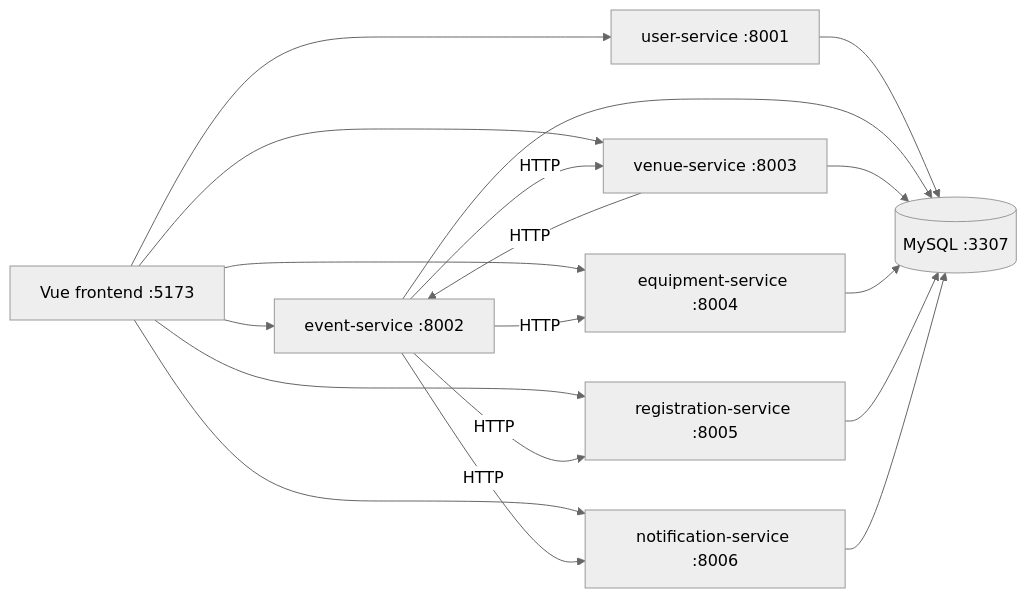
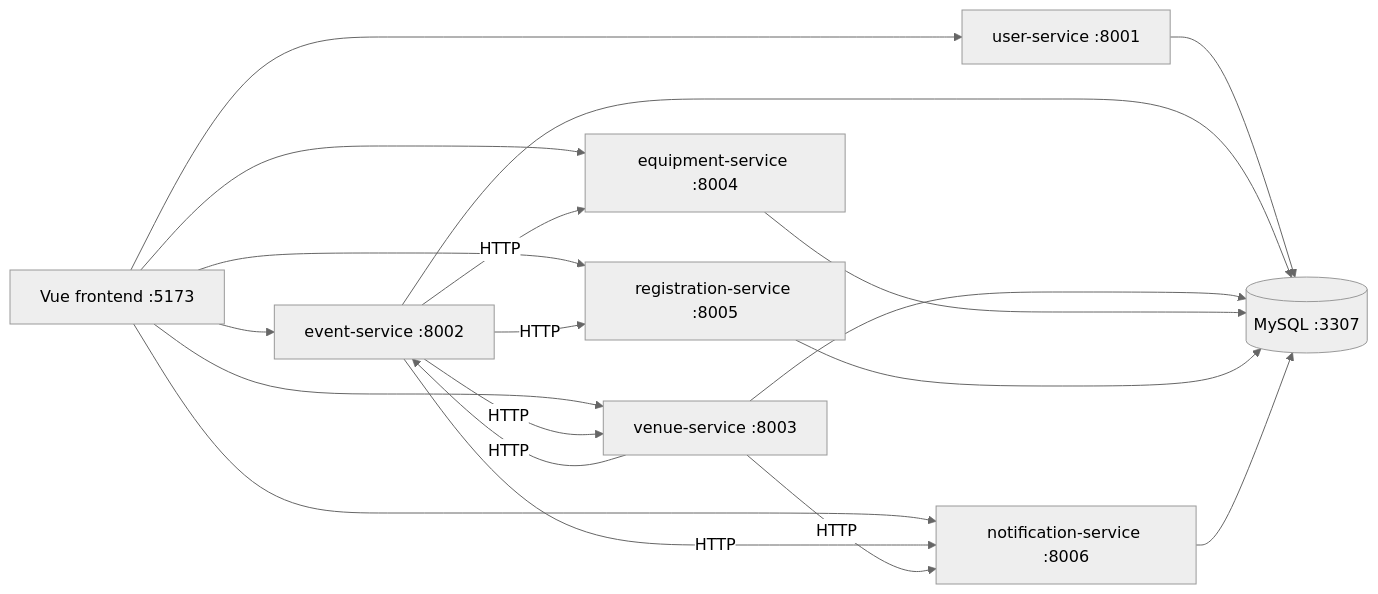
The diagram in docs/architecture.md (Matthewkhlr/SPM_G6T3), drawn with Mermaid (neutral theme) before and after one commit. The commit also changed other lines of this file and 22 other files, not shown here.

````diff
--- a/docs/architecture.md
+++ b/docs/architecture.md
@@ -11,20 +11,21 @@
 ```mermaid
 flowchart LR
   Vue["Vue frontend :5173"] --> UserSvc["user-service :8001"]
   Vue --> EventSvc["event-service :8002"]
   Vue --> VenueSvc["venue-service :8003"]
   Vue --> EquipSvc["equipment-service :8004"]
   Vue --> RegSvc["registration-service :8005"]
   Vue --> NotifSvc["notification-service :8006"]
   UserSvc --> MySQL[("MySQL :3307")]
   EventSvc --> MySQL
   VenueSvc --> MySQL
   EquipSvc --> MySQL
   RegSvc --> MySQL
   NotifSvc --> MySQL
   EventSvc -->|"HTTP"| VenueSvc
   EventSvc -->|"HTTP"| EquipSvc
   EventSvc -->|"HTTP"| RegSvc
   EventSvc -->|"HTTP"| NotifSvc
   VenueSvc -->|"HTTP"| EventSvc
+  VenueSvc -->|"HTTP"| NotifSvc
 ```
````
